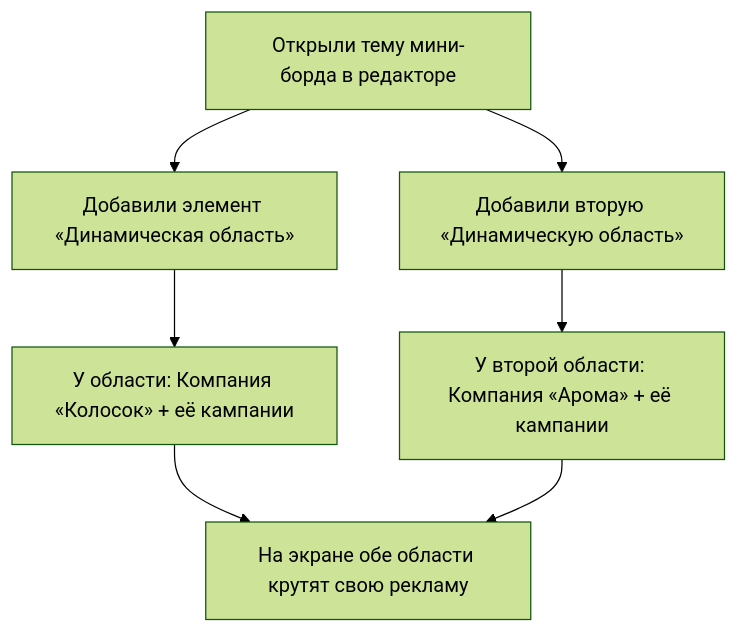
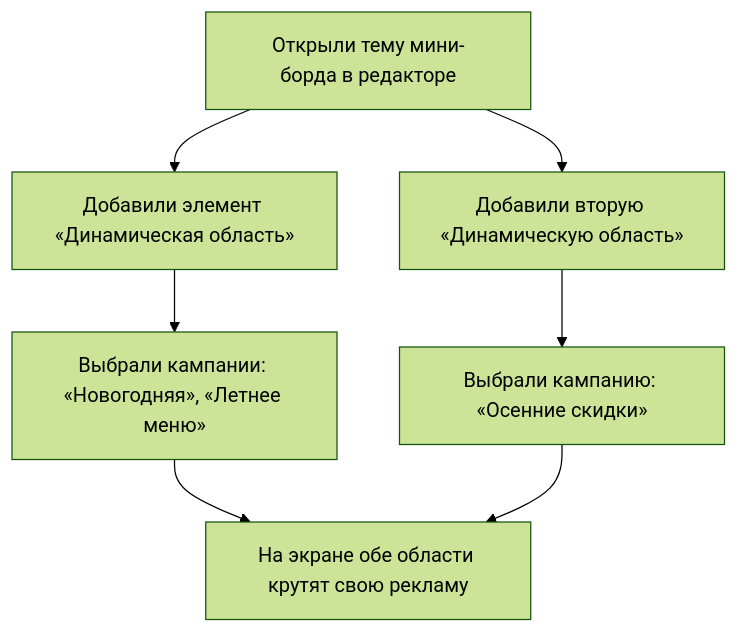
The second of 3 diagrams in materials/Доработка DS/Прототипы по задачам/Объяснение на пальцах/ОБЪЯСНЕНИЕ_Динамическая_область_как_работает.md (KirillTyurin21/prototypes), drawn with Mermaid (forest theme) before and after one commit. The commit also changed other lines of this file and 5 other files, not shown here.

Commit message:
refactor(web-screens): убрана Компания из Динамической области — только кампании по DS-1121

````diff
--- a/materials/Доработка DS/Прототипы по задачам/Объяснение на пальцах/ОБЪЯСНЕНИЕ_Динамическая_область_как_работает.md
+++ b/materials/Доработка DS/Прототипы по задачам/Объяснение на пальцах/ОБЪЯСНЕНИЕ_Динамическая_область_как_работает.md
@@ -49,9 +47,9 @@
 ```mermaid
 flowchart TB
     A[Открыли тему мини-борда в редакторе] --> B["Добавили элемент «Динамическая область»"]
-    B --> C["У области: Компания «Колосок» + её кампании"]
+    B --> C["Выбрали кампании: «Новогодняя», «Летнее меню»"]
     A --> D["Добавили вторую «Динамическую область»"]
-    D --> E["У второй области: Компания «Арома» + её кампании"]
+    D --> E["Выбрали кампанию: «Осенние скидки»"]
     C --> F[На экране обе области крутят свою рекламу]
     E --> F
 ```
````
